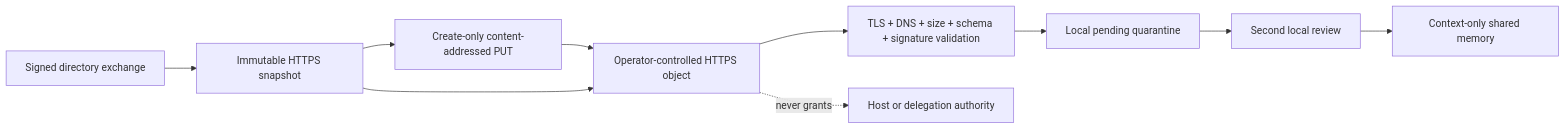
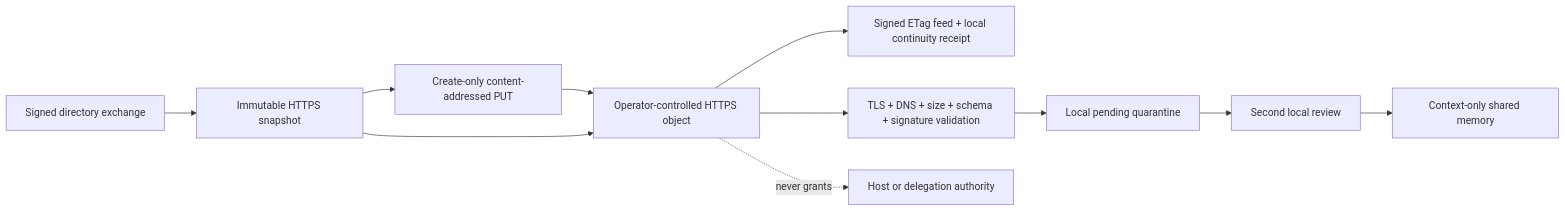
Before and after one commit to Maykbiletti/AgentSpine: the fifth of 5 diagrams in docs/architecture.md, drawn with Mermaid. The commit also changed other lines of this file and 11 other files, not shown here.

````diff
--- a/docs/architecture.md
+++ b/docs/architecture.md
@@ -130,12 +130,13 @@
 ```mermaid
 flowchart LR
     D["Signed directory exchange"] --> S["Immutable HTTPS snapshot"]
     S --> P["Create-only content-addressed PUT"]
     P --> H["Operator-controlled HTTPS object"]
+    H --> F["Signed ETag feed + local continuity receipt"]
     S --> H
     H --> V["TLS + DNS + size + schema + signature validation"]
     V --> Q["Local pending quarantine"]
     Q --> R["Second local review"]
     R --> C["Context-only shared memory"]
     H -. "never grants" .-> A["Host or delegation authority"]
 ```
````
